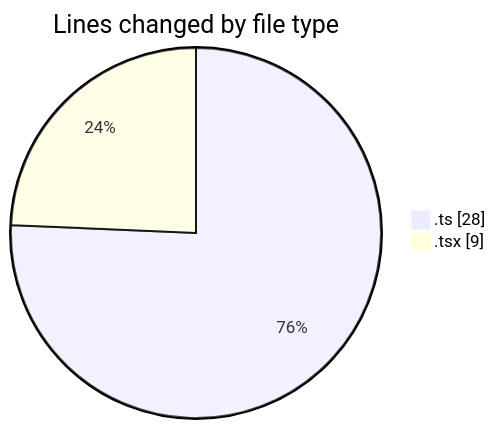
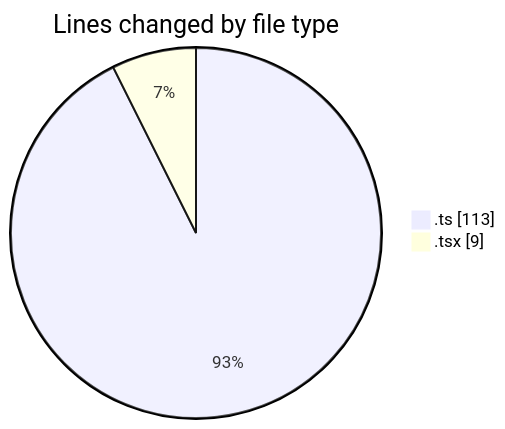
The first of 2 diagrams in 2025-10-22/eventscop-frontend-guide__workspace_/README.md (julien-gomy/code-tracking), drawn with Mermaid before and after one commit. The commit also changed other lines of this file and 1 other file, not shown here.

````diff
--- a/2025-10-22/eventscop-frontend-guide__workspace_/README.md
+++ b/2025-10-22/eventscop-frontend-guide__workspace_/README.md
@@ -22,6 +23,6 @@
 ```mermaid
 pie showData
 title Lines changed by file type
-".ts" : 28
+".ts" : 113
 ".tsx" : 9
 ```
````
